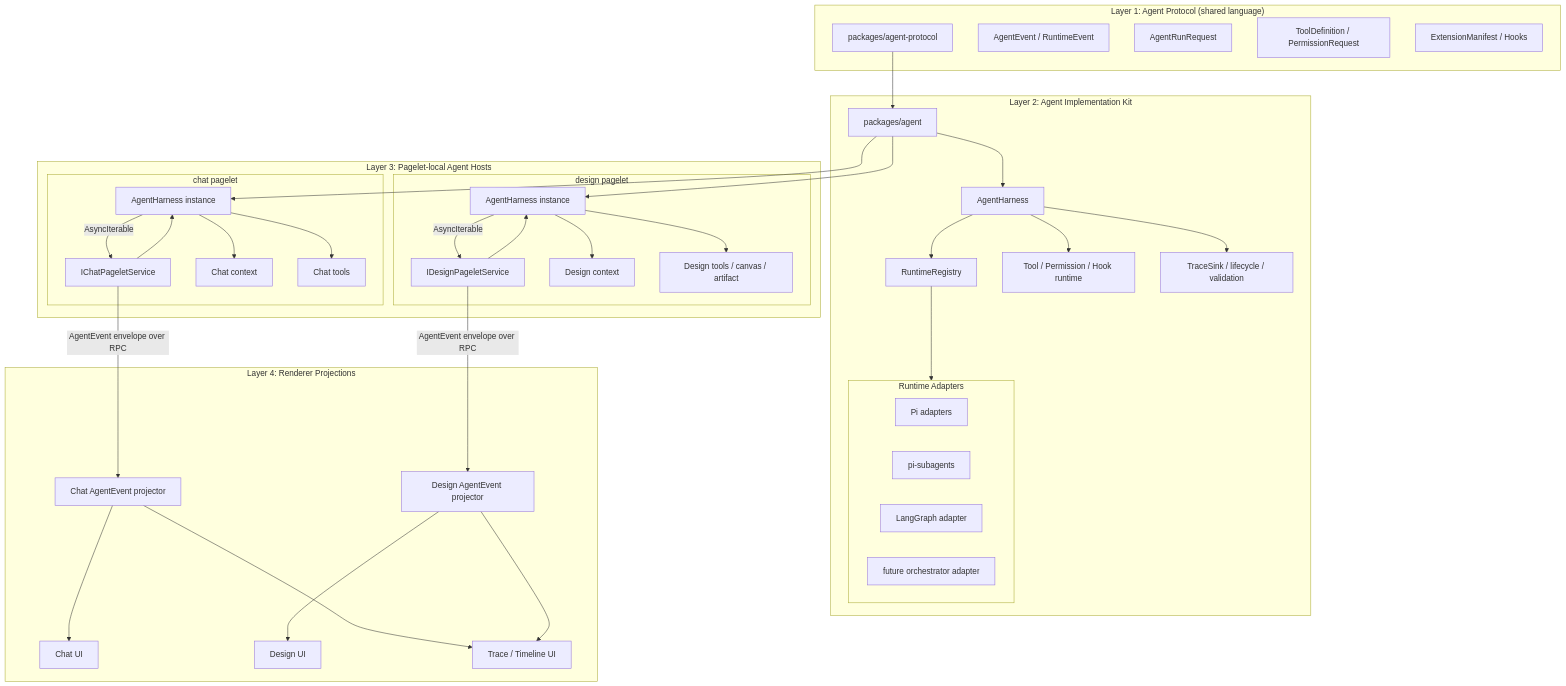
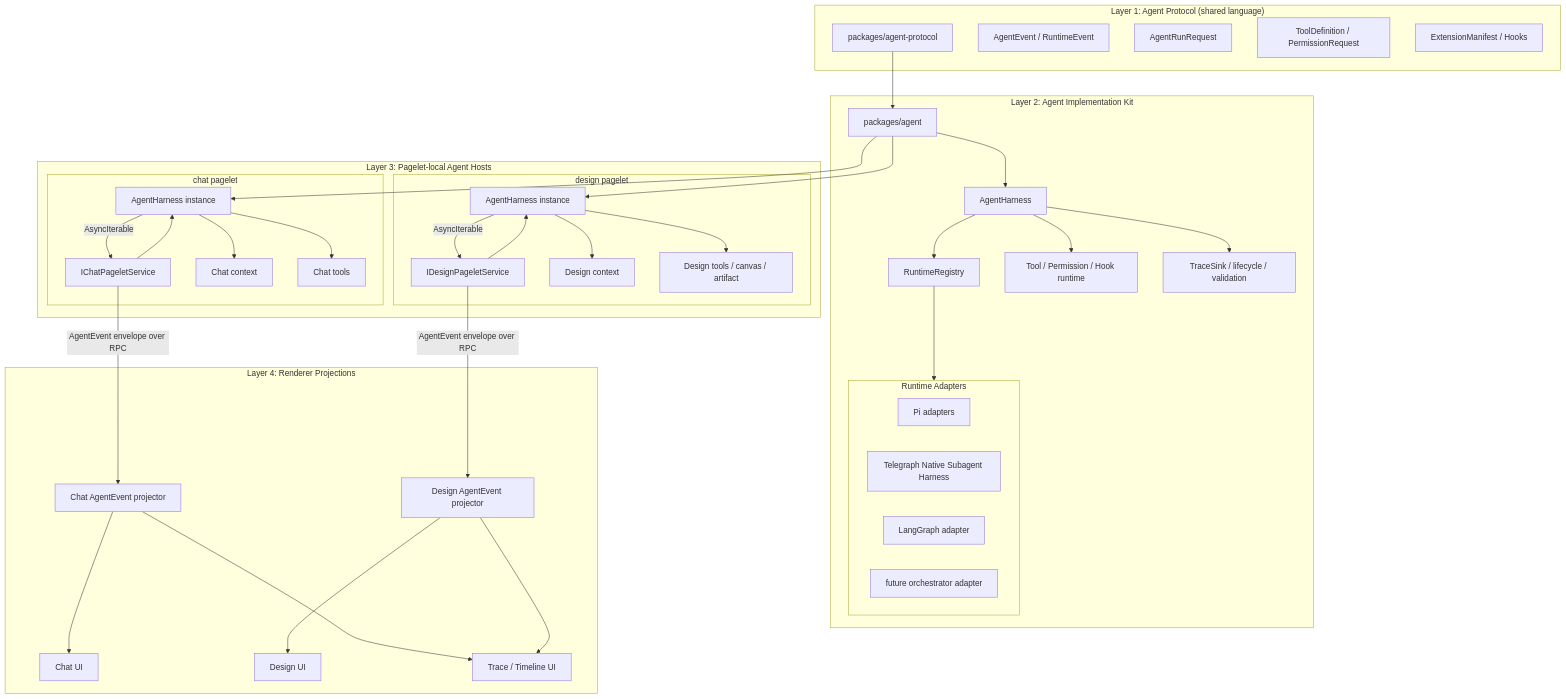
One commit to ryuever/telegraph changed the first of 2 diagrams in codebase-wiki/roadmap/20260518-agent-protocol-pagelet-harness-plan.md. Above: the diagram before and after it, drawn with Mermaid. The commit also changed other lines of this file and 46 other files, not shown here.

Commit message:
refactor: make subagents telegraph native

````diff
--- a/codebase-wiki/roadmap/20260518-agent-protocol-pagelet-harness-plan.md
+++ b/codebase-wiki/roadmap/20260518-agent-protocol-pagelet-harness-plan.md
@@ -39,76 +42,76 @@
 ```mermaid
 flowchart TB
   subgraph L1["Layer 1: Agent Protocol (shared language)"]
     P["packages/agent-protocol"]
     P1["AgentEvent / RuntimeEvent"]
     P2["AgentRunRequest"]
     P3["ToolDefinition / PermissionRequest"]
     P4["ExtensionManifest / Hooks"]
   end
 
   subgraph L2["Layer 2: Agent Implementation Kit"]
     A["packages/agent"]
     H["AgentHarness"]
     R["RuntimeRegistry"]
     T["Tool / Permission / Hook runtime"]
     S["TraceSink / lifecycle / validation"]
 
     subgraph RA["Runtime Adapters"]
       Pi["Pi adapters"]
-      Sub["pi-subagents"]
+      Sub["Telegraph Native Subagent Harness"]
       LG["LangGraph adapter"]
       TO["future orchestrator adapter"]
     end
 
     A --> H
     H --> R
     H --> T
     H --> S
     R --> RA
   end
 
   subgraph L3["Layer 3: Pagelet-local Agent Hosts"]
     subgraph ChatHost["chat pagelet"]
       ChatSvc["IChatPageletService"]
       ChatHarness["AgentHarness instance"]
       ChatCtx["Chat context"]
       ChatTools["Chat tools"]
       ChatSvc --> ChatHarness
       ChatHarness --> ChatCtx
       ChatHarness --> ChatTools
     end
 
     subgraph DesignHost["design pagelet"]
       DesignSvc["IDesignPageletService"]
       DesignHarness["AgentHarness instance"]
       DesignCtx["Design context"]
       DesignTools["Design tools / canvas / artifact"]
       DesignSvc --> DesignHarness
       DesignHarness --> DesignCtx
       DesignHarness --> DesignTools
     end
   end
 
   subgraph L4["Layer 4: Renderer Projections"]
     ChatUI["Chat UI"]
     ChatProjector["Chat AgentEvent projector"]
     DesignUI["Design UI"]
     DesignProjector["Design AgentEvent projector"]
     TraceUI["Trace / Timeline UI"]
 
     ChatProjector --> ChatUI
     DesignProjector --> DesignUI
     ChatProjector --> TraceUI
     DesignProjector --> TraceUI
   end
 
   P --> A
   A --> ChatHarness
   A --> DesignHarness
 
   ChatHarness -->|"AsyncIterable<AgentEvent>"| ChatSvc
   DesignHarness -->|"AsyncIterable<AgentEvent>"| DesignSvc
 
   ChatSvc -->|"AgentEvent envelope over RPC"| ChatProjector
   DesignSvc -->|"AgentEvent envelope over RPC"| DesignProjector
 ```
````
